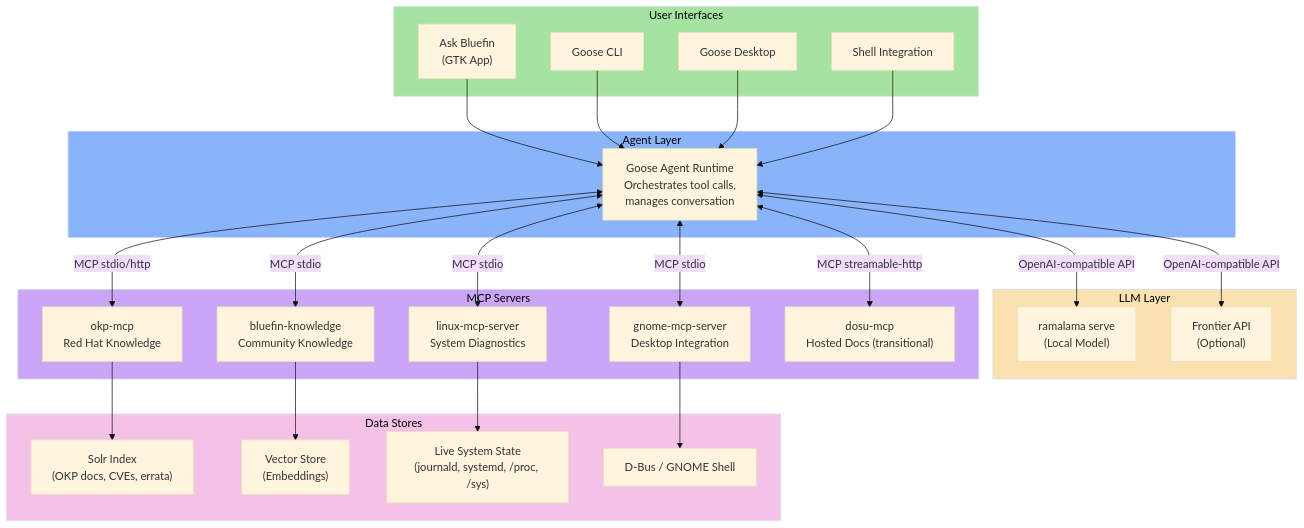
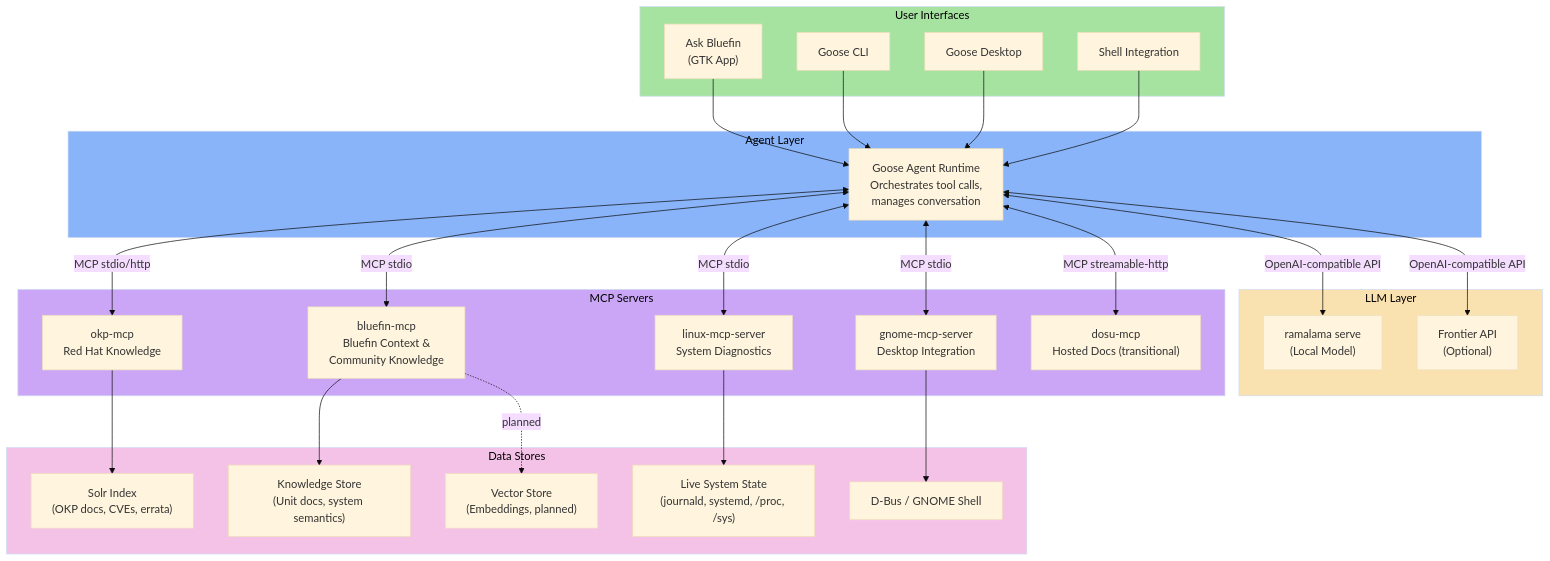
The first of 19 diagrams in specs/00-bluespeed-specification.md (projectbluefin/common), drawn with Mermaid (base theme) before and after one commit. The commit also changed other lines of this file, not shown here.

First line of the commit message:
spec: Integrate bluefin-mcp as first-class component, consolidate knowledge layer (v0.2)

````diff
--- a/specs/00-bluespeed-specification.md
+++ b/specs/00-bluespeed-specification.md
@@ -47,58 +47,60 @@
 ```mermaid
 graph TB
     subgraph User["User Interfaces"]
         AB["Ask Bluefin<br/>(GTK App)"]
         GC["Goose CLI"]
         GD["Goose Desktop"]
         SH["Shell Integration"]
     end
 
     subgraph Agent["Agent Layer"]
         GO["Goose Agent Runtime<br/>Orchestrates tool calls,<br/>manages conversation"]
     end
 
     subgraph LLM["LLM Layer"]
         RL["ramalama serve<br/>(Local Model)"]
         FR["Frontier API<br/>(Optional)"]
     end
 
     subgraph MCP["MCP Servers"]
         LMS["linux-mcp-server<br/>System Diagnostics"]
         OKP["okp-mcp<br/>Red Hat Knowledge"]
-        BFK["bluefin-knowledge<br/>Community Knowledge"]
+        BFK["bluefin-mcp<br/>Bluefin Context &<br/>Community Knowledge"]
         GMS["gnome-mcp-server<br/>Desktop Integration"]
         DOSU["dosu-mcp<br/>Hosted Docs (transitional)"]
     end
 
     subgraph Data["Data Stores"]
         SOLR["Solr Index<br/>(OKP docs, CVEs, errata)"]
-        VS["Vector Store<br/>(Embeddings)"]
+        KS["Knowledge Store<br/>(Unit docs, system semantics)"]
+        VS["Vector Store<br/>(Embeddings, planned)"]
         SYS["Live System State<br/>(journald, systemd, /proc, /sys)"]
         DBUS["D-Bus / GNOME Shell"]
     end
 
     AB --> GO
     GC --> GO
     GD --> GO
     SH --> GO
 
     GO <-->|OpenAI-compatible API| RL
     GO <-->|OpenAI-compatible API| FR
 
     GO <-->|MCP stdio| LMS
     GO <-->|MCP stdio/http| OKP
     GO <-->|MCP stdio| BFK
     GO <-->|MCP stdio| GMS
     GO <-->|MCP streamable-http| DOSU
 
     LMS --> SYS
     OKP --> SOLR
-    BFK --> VS
+    BFK --> KS
+    BFK -.->|planned| VS
     GMS --> DBUS
 
     style User fill:#a6e3a1,color:#000
     style Agent fill:#89b4fa,color:#000
     style LLM fill:#f9e2af,color:#000
     style MCP fill:#cba6f7,color:#000
     style Data fill:#f5c2e7,color:#000
 ```
````
